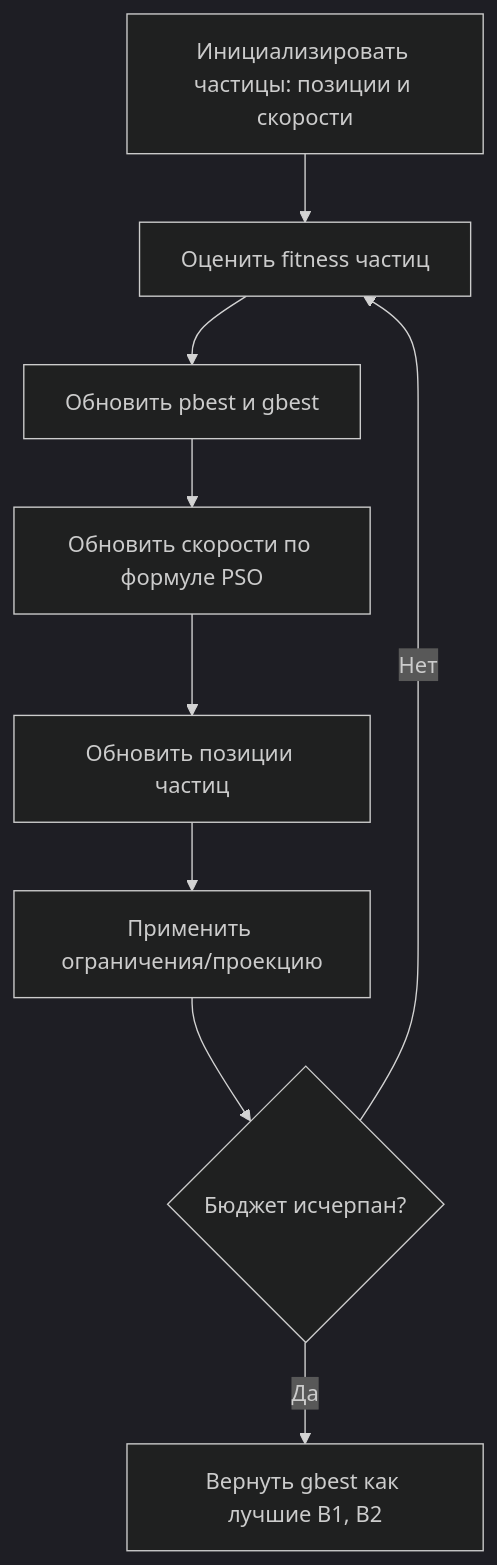
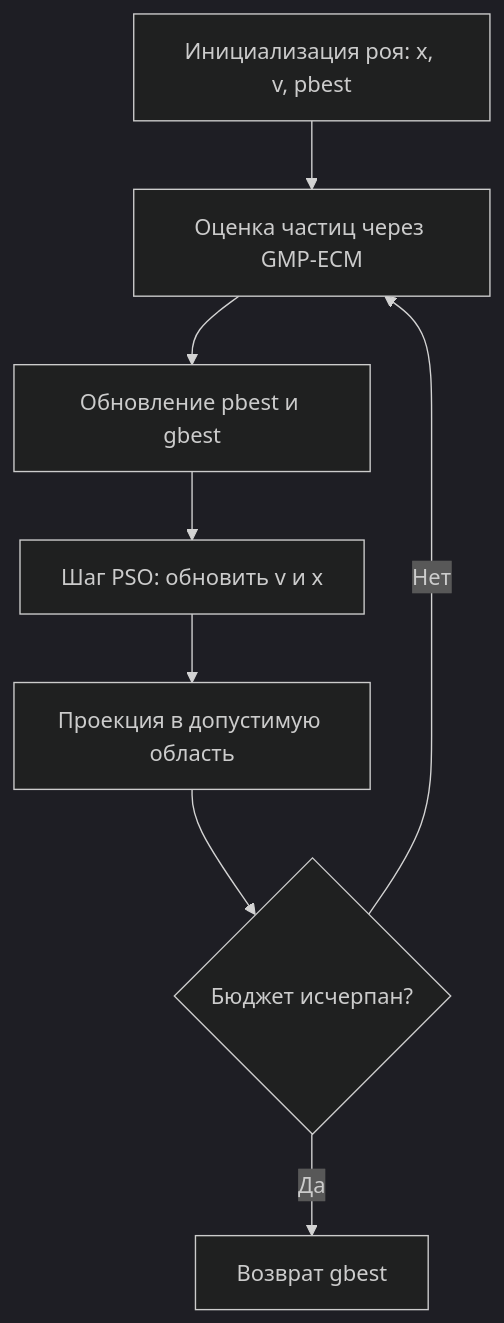
One commit to EgorPlehanov/ecm-evolutionary-optimization changed the sixth of 9 diagrams in REPORTS/05_thesis/thesis_text.md. Above: the diagram before and after it, drawn with Mermaid (dark theme).

Commit message:
fir 2.4 pso

````diff
--- a/REPORTS/05_thesis/thesis_text.md
+++ b/REPORTS/05_thesis/thesis_text.md
@@ -451,11 +451,10 @@
 ```mermaid
 flowchart TD
-    A[Инициализировать частицы: позиции и скорости] --> B[Оценить fitness частиц]
-    B --> C[Обновить pbest и gbest]
-    C --> D[Обновить скорости по формуле PSO]
-    D --> E[Обновить позиции частиц]
-    E --> F[Применить ограничения/проекцию]
-    F --> G{Бюджет исчерпан?}
-    G -- Нет --> B
-    G -- Да --> H[Вернуть gbest как лучшие B1, B2]
+    A[Инициализация роя: x, v, pbest] --> B[Оценка частиц через GMP-ECM]
+    B --> C[Обновление pbest и gbest]
+    C --> D[Шаг PSO: обновить v и x]
+    D --> E[Проекция в допустимую область]
+    E --> F{Бюджет исчерпан?}
+    F -- Нет --> B
+    F -- Да --> G[Возврат gbest]
 ```
````
